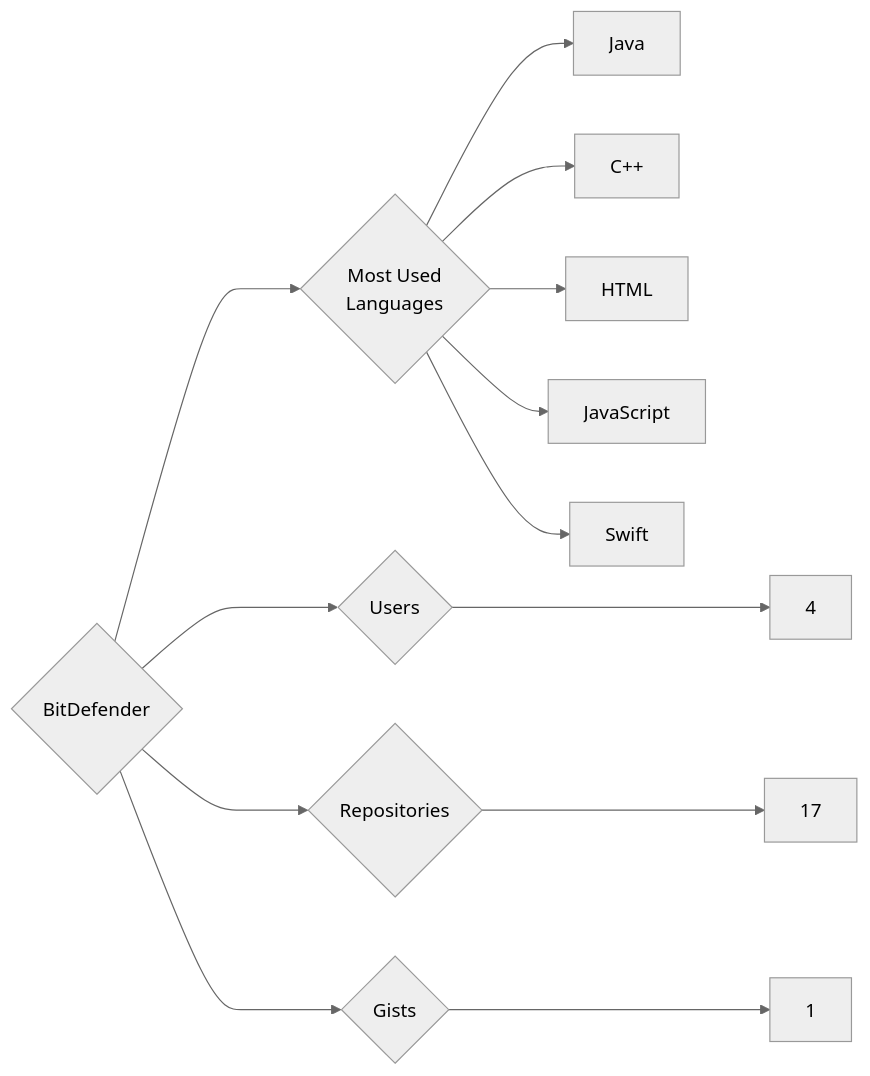
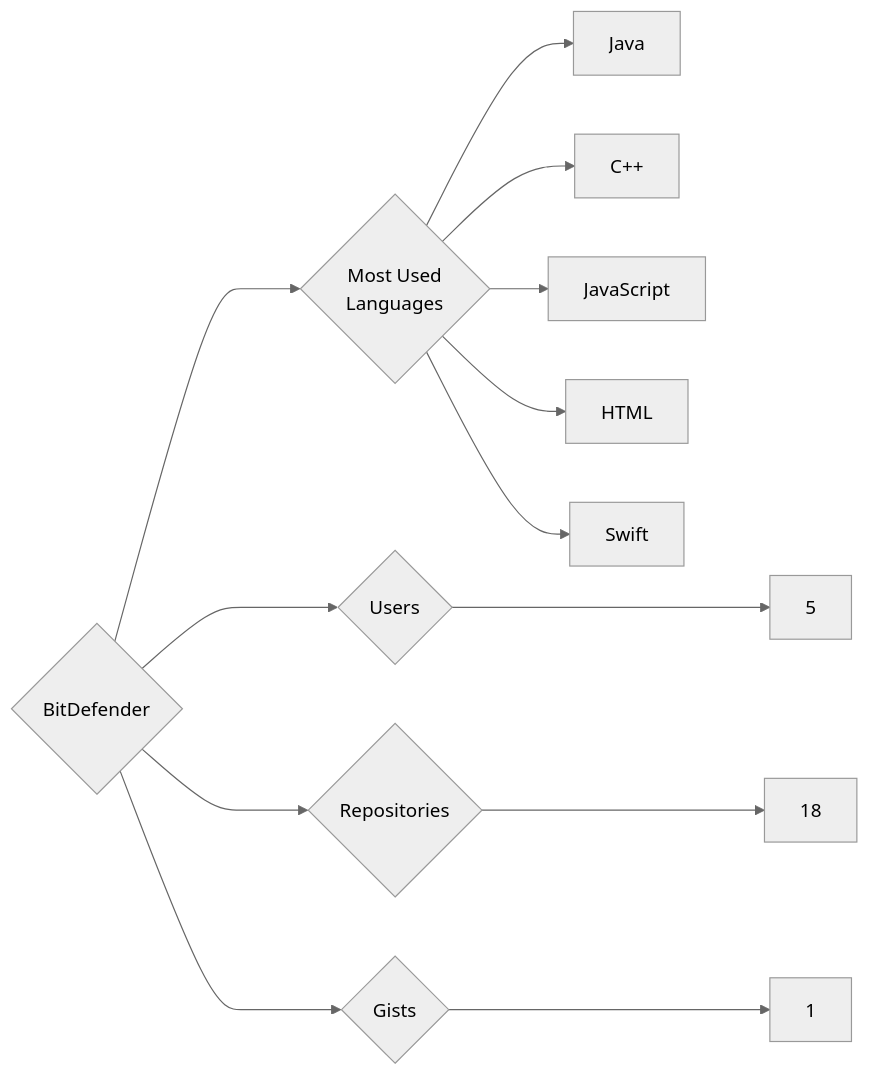
One commit to trickest/insiders changed the diagram in targets/BitDefender/README.md. Above: the diagram before and after it, drawn with Mermaid (neutral theme). The commit also changed 873 other files, not shown here.

````diff
--- a/targets/BitDefender/README.md
+++ b/targets/BitDefender/README.md
@@ -3,13 +3,13 @@
 ```mermaid
 graph LR
 COMPANY_NAME{BitDefender}
-COMPANY_NAME ---> U{Users} ---> UN[4]
-COMPANY_NAME ---> R{Repositories} ---> RN[17]
+COMPANY_NAME ---> U{Users} ---> UN[5]
+COMPANY_NAME ---> R{Repositories} ---> RN[18]
 COMPANY_NAME ---> G{Gists} ---> GN[1]
 COMPANY_NAME ---> ML{Most Used<br>Languages}
 ML --> Java[Java]
 ML --> C++[C++]
+ML --> JavaScript[JavaScript]
 ML --> HTML[HTML]
-ML --> JavaScript[JavaScript]
 ML --> Swift[Swift]
 ```
````
